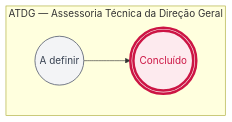
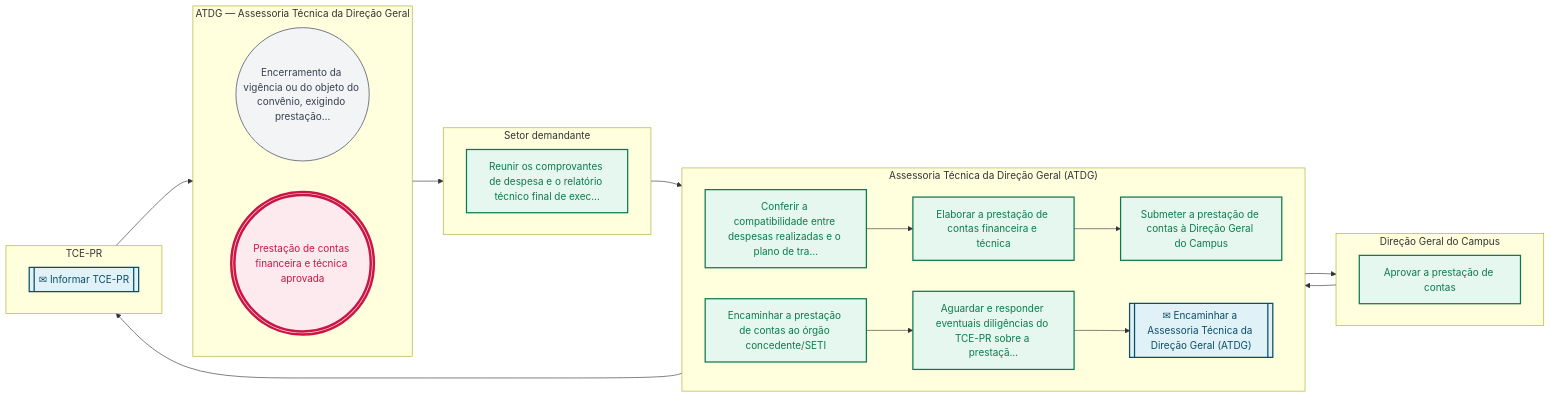
Before and after one commit to jessefers/canvas-vivo-atdg: the second of 2 diagrams in pops/CON/CON-04.md, drawn with Mermaid. The commit also changed other lines of this file and 61 other files, not shown here.

````diff
--- a/pops/CON/CON-04.md
+++ b/pops/CON/CON-04.md
@@ -113,17 +150,49 @@
 ```mermaid
 flowchart LR
   subgraph R1["ATDG — Assessoria Técnica da Direção Geral"]
     direction LR
-    e1(("A definir"))
-    e2((("Concluído")))
+    e1(("Encerramento da vigência ou do objeto do convênio, exigindo prestação…"))
+    e11((("Prestação de contas financeira e técnica aprovada")))
+  end
+  subgraph R2["Setor demandante"]
+    direction LR
+    e2["Reunir os comprovantes de despesa e o relatório técnico final de exec…"]
+  end
+  subgraph R3["Assessoria Técnica da Direção Geral (ATDG)"]
+    direction LR
+    e3["Conferir a compatibilidade entre despesas realizadas e o plano de tra…"]
+    e4["Elaborar a prestação de contas financeira e técnica"]
+    e5["Submeter a prestação de contas à Direção Geral do Campus"]
+    e7["Encaminhar a prestação de contas ao órgão concedente/SETI"]
+    e8["Aguardar e responder eventuais diligências do TCE-PR sobre a prestaçã…"]
+    e9[["✉ Encaminhar a Assessoria Técnica da Direção Geral (ATDG)"]]
+  end
+  subgraph R4["Direção Geral do Campus"]
+    direction LR
+    e6["Aprovar a prestação de contas"]
+  end
+  subgraph R5["TCE-PR"]
+    direction LR
+    e10[["✉ Informar TCE-PR"]]
   end
   e1 --> e2
+  e2 --> e3
+  e3 --> e4
+  e4 --> e5
+  e5 --> e6
+  e6 --> e7
+  e7 --> e8
+  e8 --> e9
+  e9 --> e10
+  e10 --> e11
   classDef inicio fill:#f3f4f6,stroke:#6b7280,stroke-width:1.5px,color:#374151
   classDef atividade fill:#E6F7F0,stroke:#0B7A4E,stroke-width:2px,color:#0B7A4E
   classDef decisao fill:#FFF4ED,stroke:#C9783A,stroke-width:2px,color:#C9783A
   classDef fim fill:#FDEAEE,stroke:#CC1544,stroke-width:4px,color:#CC1544
   classDef pausa fill:#FDEAEE,stroke:#CC1544,stroke-width:2px,color:#CC1544
   classDef captura fill:#E0F2F8,stroke:#0B4D66,stroke-width:2px,color:#0B4D66
   class e1 inicio
-  class e2 fim
+  class e2,e3,e4,e5,e6,e7,e8 atividade
+  class e9,e10 captura
+  class e11 fim
 ```
````
